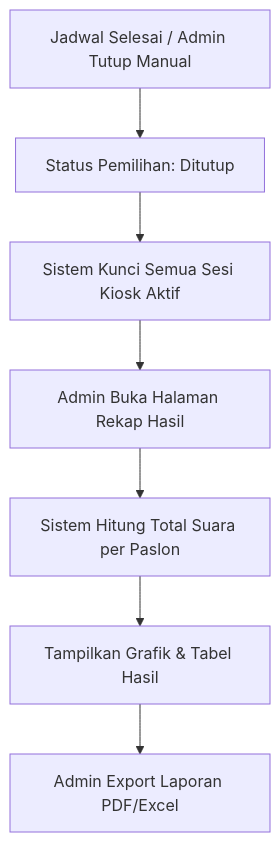
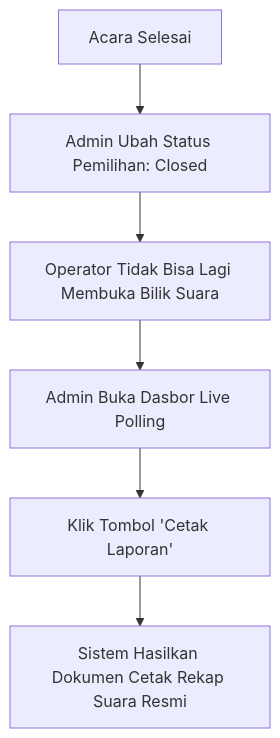
Before and after one commit to Adityamewmew/smartVoting: the third of 4 diagrams in docs/prd (1).md, drawn with Mermaid. The commit also changed other lines of this file, not shown here.

````diff
--- a/docs/prd (1).md
+++ b/docs/prd (1).md
@@ -106,9 +97,8 @@
 ```mermaid
 flowchart TD
-    A[Jadwal Selesai / Admin Tutup Manual] --> B[Status Pemilihan: Ditutup]
-    B --> C[Sistem Kunci Semua Sesi Kiosk Aktif]
-    C --> D[Admin Buka Halaman Rekap Hasil]
-    D --> E[Sistem Hitung Total Suara per Paslon]
-    E --> F[Tampilkan Grafik & Tabel Hasil]
-    F --> G[Admin Export Laporan PDF/Excel]
+    A[Acara Selesai] --> B[Admin Ubah Status Pemilihan: Closed]
+    B --> C[Operator Tidak Bisa Lagi Membuka Bilik Suara]
+    C --> D[Admin Buka Dasbor Live Polling]
+    D --> E[Klik Tombol 'Cetak Laporan']
+    E --> F[Sistem Hasilkan Dokumen Cetak Rekap Suara Resmi]
 ```
````
